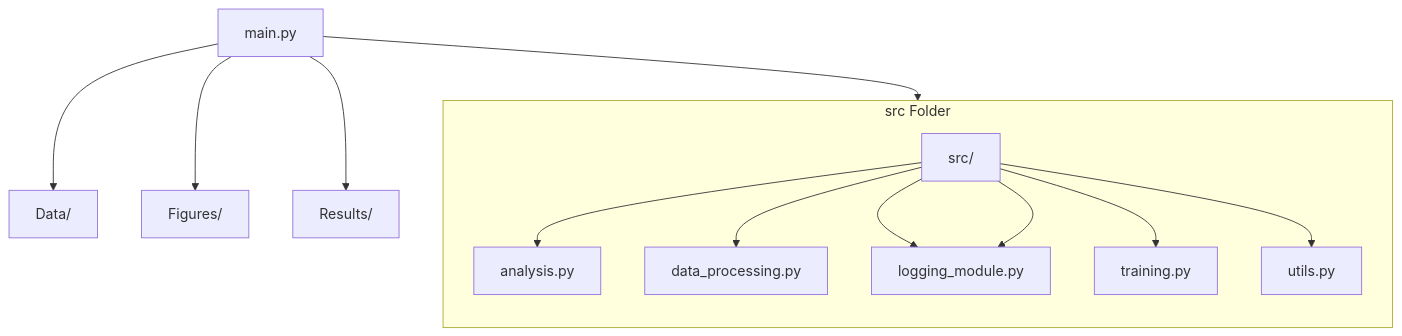
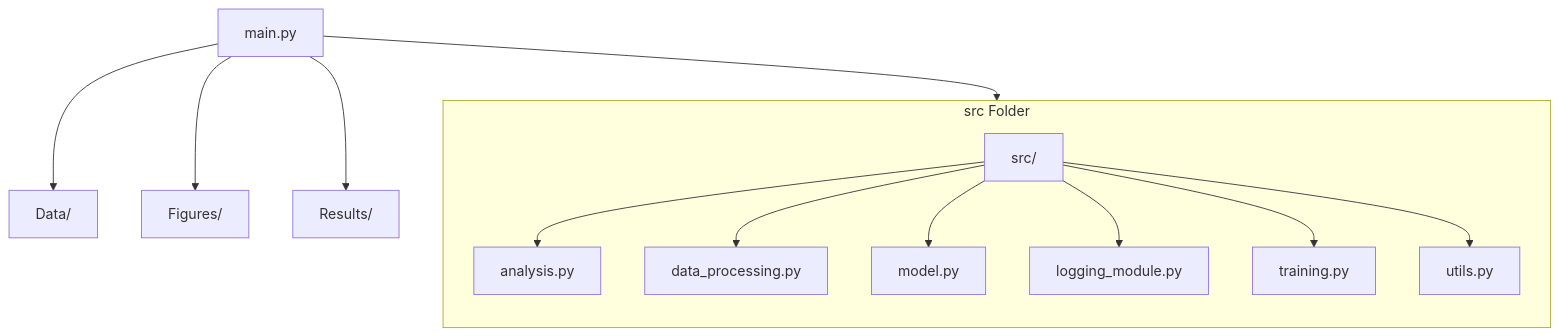
Before and after one commit to alexneilgreen/Signal-Separation-and-Classification-in-Noisy-Environments-with-Machine-Learning: the first of 3 diagrams in README.md, drawn with Mermaid. The commit also changed other lines of this file, not shown here.

Commit message:
README mermaid arrow correction

````diff
--- a/README.md
+++ b/README.md
@@ -11,19 +11,19 @@
 ```mermaid
 graph TD
     A[main.py]
 
     A --> B[Data/]
     A --> C[Figures/]
     A --> D[Results/]
     A --> E[src/]
 
     subgraph src Folder
         direction TB
         E --> F[analysis.py]
         E --> G[data_processing.py]
         E --> H[model.py]
-        E --> H[logging_module.py]
-        E --> I[training.py]
-        E --> J[utils.py]
+        E --> I[logging_module.py]
+        E --> J[training.py]
+        E --> K[utils.py]
     end
 ```
````
